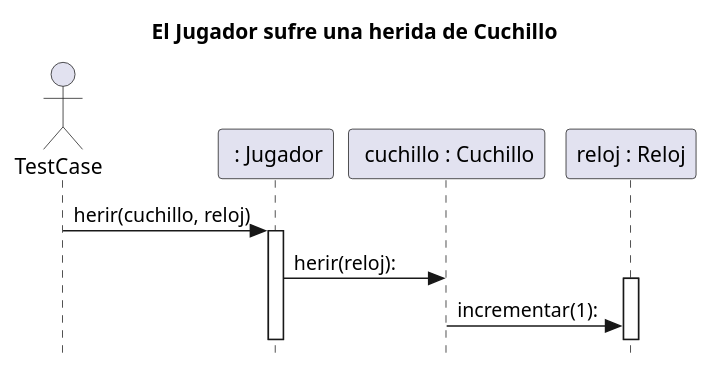
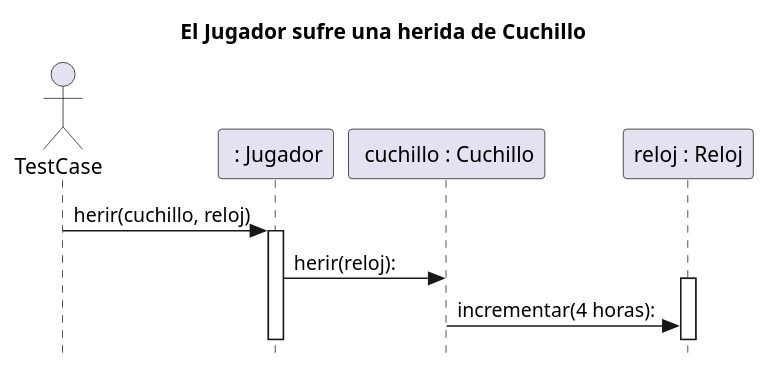
The diagram in diagrams/sequences/JugadorSufreHeridaDeCuchillo.puml (martinanus/algo3_tp2), drawn with PlantUML before and after one commit. The commit also changed 1 other file, not shown here.

Commit message:
Actualizacion diagrama de secuencia

```diff
--- a/diagrams/sequences/JugadorSufreHeridaDeCuchillo.puml
+++ b/diagrams/sequences/JugadorSufreHeridaDeCuchillo.puml
@@ -1,18 +1,18 @@
 @startuml
 skinparam style strictuml
 title:  El Jugador sufre una herida de Cuchillo
 
 actor TestCase
 
 participant " : Jugador" as jugador
 participant " cuchillo : Cuchillo" as cuchillo
 participant "reloj : Reloj" as reloj
 
 
 TestCase -> jugador: herir(cuchillo, reloj)
 activate jugador
 jugador -> cuchillo: herir(reloj):
 activate reloj
-cuchillo -> reloj: incrementar(1):
+cuchillo -> reloj: incrementar(4 horas):
 
 @enduml
```
